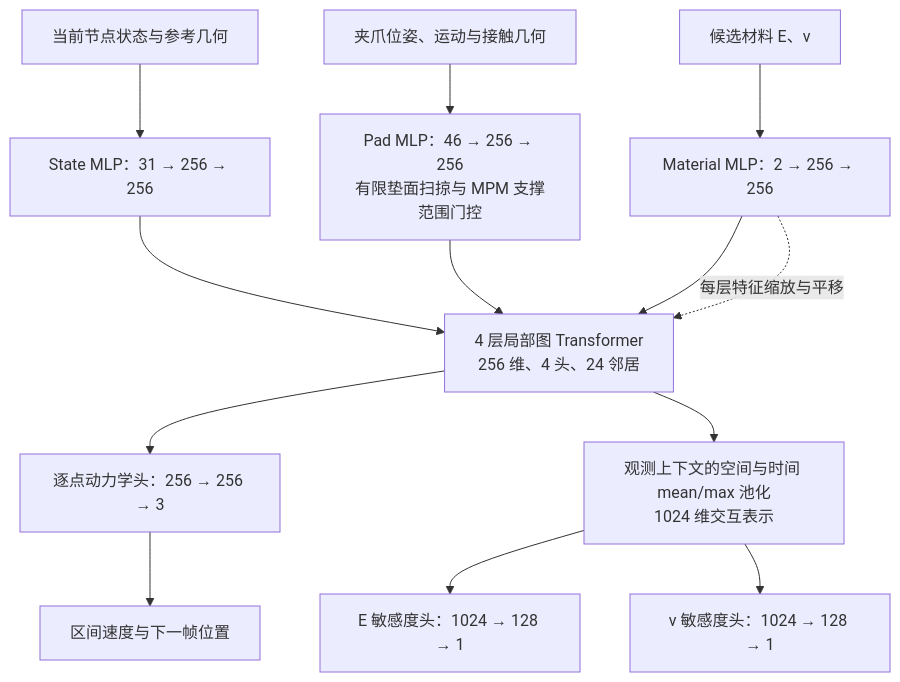
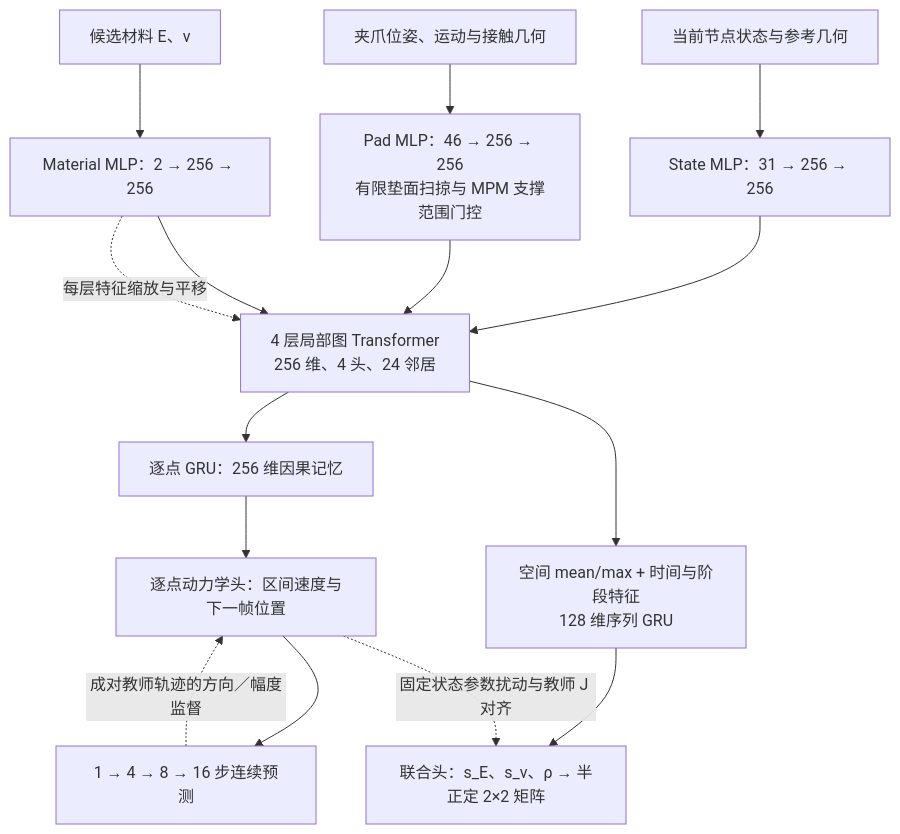
One commit to zrj0114/CVPR27softdynamics changed the diagram in README.md. Above: the diagram before and after it, drawn with Mermaid. The commit also changed other lines of this file and 6 other files, not shown here.

````diff
--- a/README.md
+++ b/README.md
@@ -7,15 +7,17 @@
 ```mermaid
 flowchart TD
     A["当前节点状态与参考几何"] --> S["State MLP：31 → 256 → 256"]
     B["夹爪位姿、运动与接触几何"] --> P["Pad MLP：46 → 256 → 256<br/>有限垫面扫掠与 MPM 支撑范围门控"]
     C["候选材料 E、ν"] --> M["Material MLP：2 → 256 → 256"]
     S --> H["4 层局部图 Transformer<br/>256 维、4 头、24 邻居"]
     P --> H
     M --> H
     M -. "每层特征缩放与平移" .-> H
-    H --> D["逐点动力学头：256 → 256 → 3"]
-    D --> X["区间速度与下一帧位置"]
-    H --> Q["观测上下文的空间与时间 mean/max 池化<br/>1024 维交互表示"]
-    Q --> E["E 敏感度头：1024 → 128 → 1"]
-    Q --> N["ν 敏感度头：1024 → 128 → 1"]
+    H --> R["逐点 GRU：256 维因果记忆"]
+    R --> D["逐点动力学头：区间速度与下一帧位置"]
+    D --> X["1 → 4 → 8 → 16 步连续预测"]
+    H --> Q["空间 mean/max + 时间与阶段特征<br/>128 维序列 GRU"]
+    Q --> J["联合头：s_E、s_ν、ρ → 半正定 2×2 矩阵"]
+    X -. "成对教师轨迹的方向／幅度监督" .-> D
+    D -. "固定状态参数扰动与教师 J 对齐" .-> J
 ```
````
